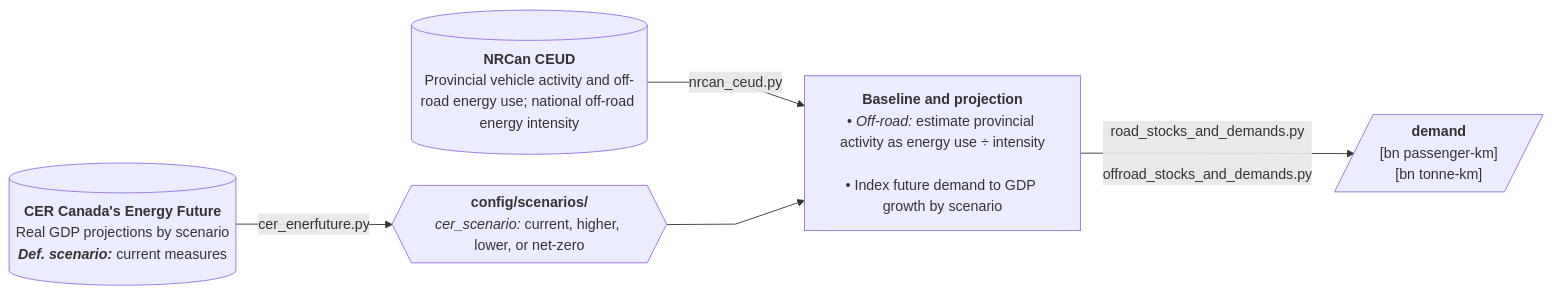
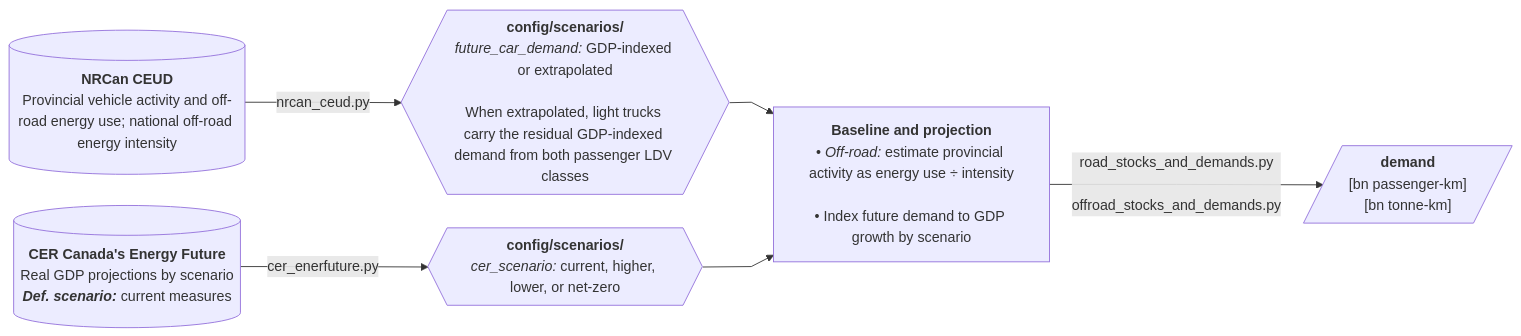
One commit to CANOE-main/canoe-transportation changed the third of 12 diagrams in docs/etl_flowcharts.md. Above: the diagram before and after it, drawn with Mermaid. The commit also changed other lines of this file and 70 other files, not shown here.

````diff
--- a/docs/etl_flowcharts.md
+++ b/docs/etl_flowcharts.md
@@ -187,38 +187,39 @@
 ```mermaid
 ---
 config:
   layout: dagre
   flowchart:
     nodeSpacing: 35
     rankSpacing: 50
     wrappingWidth: 250
     curve: linear
 ---
 flowchart LR
   %% ########### Sources ###########
   s0[("`**NRCan CEUD**
     Provincial vehicle activity and off-road energy use; national off-road energy intensity`")]
   s1[("`**CER Canada's Energy Future**
     Real GDP projections by scenario
     ***Def. scenario:*** current measures`")]
 
   %% ########### Processes ###########
   p0@{shape: hex, label: "**config/scenarios/**
+    *future_car_demand:* GDP-indexed or extrapolated<br>
+    When extrapolated, light trucks carry the residual GDP-indexed demand from both passenger LDV classes"}
+  p0_2@{shape: hex, label: "**config/scenarios/**
     *cer_scenario:* current, higher, lower, or net-zero"}
   p1["`**Baseline and projection**
     • *Off-road:* estimate provincial activity as energy use ÷ intensity<br>
     • Index future demand to GDP growth by scenario`"]
 
-  s0 -- nrcan_ceud.py --> p1
-  s1 -- cer_enerfuture.py --> p0
-
-  p0 --> p1
+  s0 -- nrcan_ceud.py --> p0 --> p1
+  s1 -- cer_enerfuture.py --> p0_2 --> p1
   p1 -- road_stocks_and_demands.py
   offroad_stocks_and_demands.py --> o1[/"`**demand**
     [bn passenger-km]
     [bn tonne-km]`"/]
 
   %% --- Hyperlinks ---
   click s0 "https://oee.nrcan.gc.ca/corporate/statistics/neud/dpa/menus/trends/comprehensive_tables/list.cfm"
   click s1 "https://open.canada.ca/data/en/dataset/07c42deb-9435-43b9-a416-7ce316f3893d"
 ```
````
